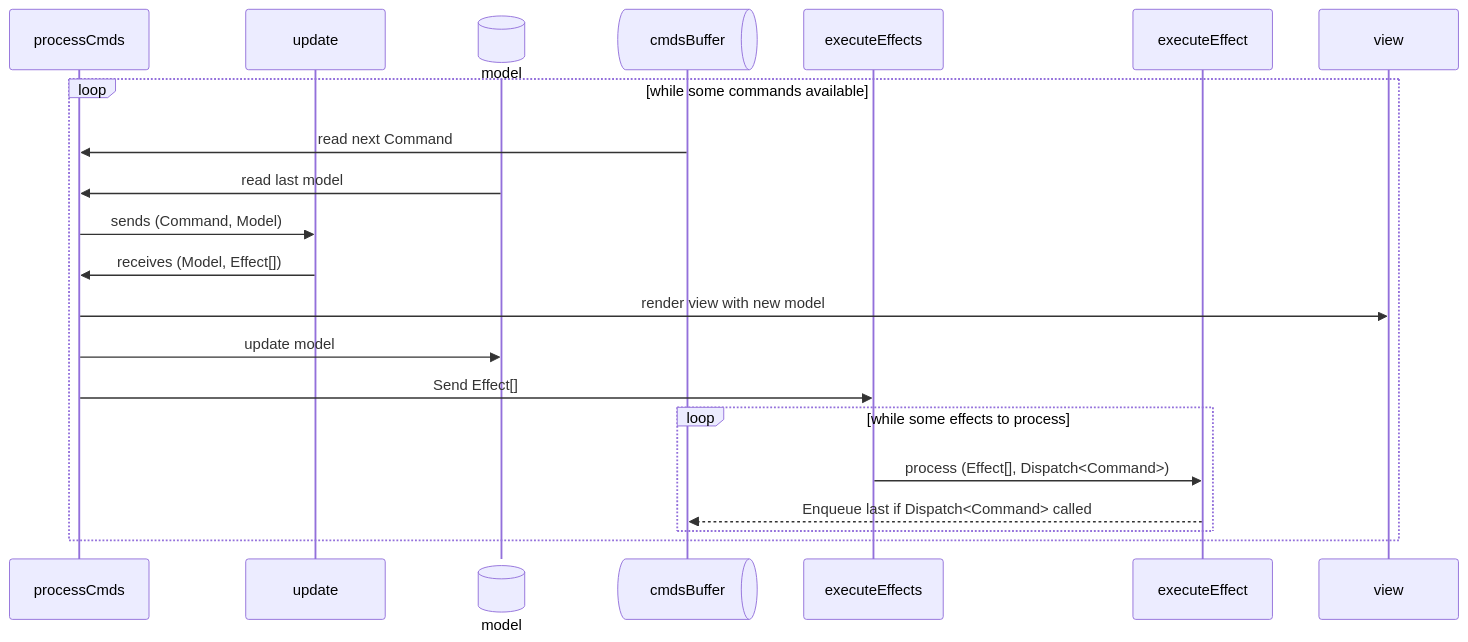
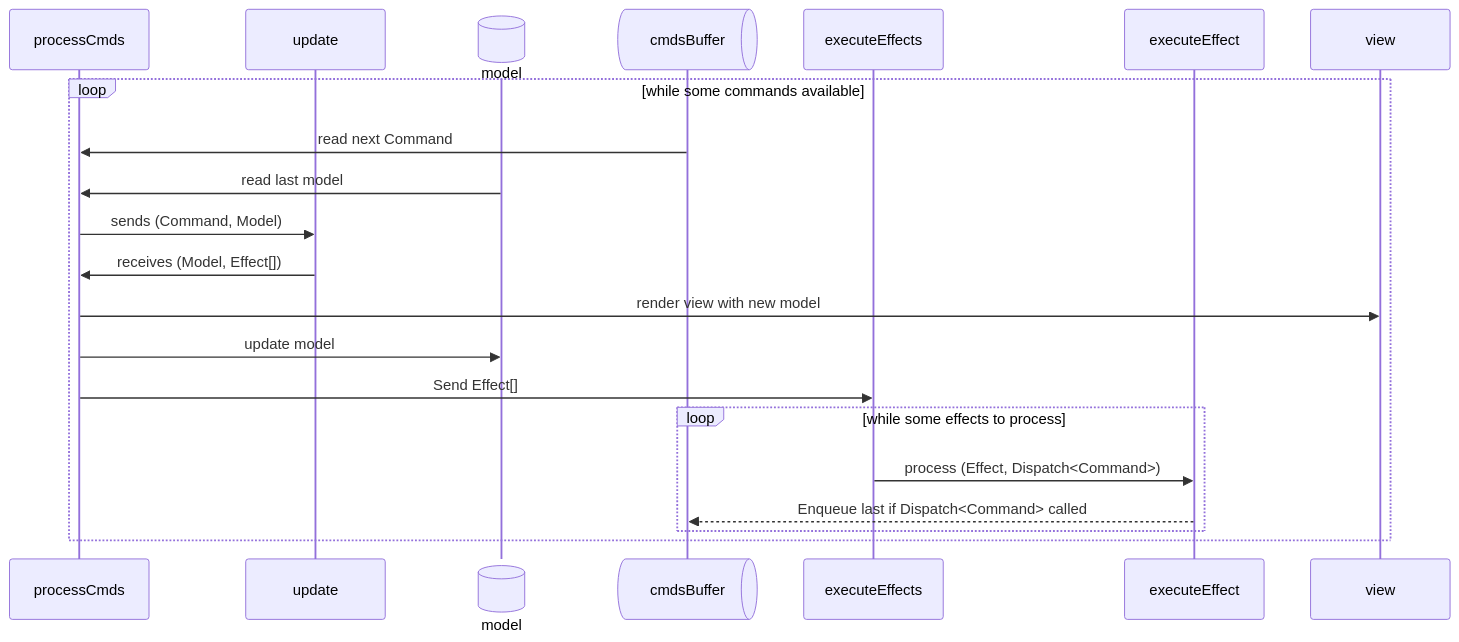
The diagram in content/posts/using-the-elm-architecture-part-1/index.md (RomainTrm/Blog), drawn with Mermaid before and after one commit. The commit also changed other lines of this file and 3 other files, not shown here.

````diff
--- a/content/posts/using-the-elm-architecture-part-1/index.md
+++ b/content/posts/using-the-elm-architecture-part-1/index.md
@@ -164,26 +149,26 @@
 ```mermaid
 sequenceDiagram
     participant processCmds
     participant update
     participant model@{ "type" : "database" }
     participant cmdsBuffer@{ "type" : "queue" }
     participant executeEffects
     participant executeEffect
     participant view
 
     loop while some commands available 
         cmdsBuffer->>processCmds: read next Command
         model->>processCmds: read last model
 
         processCmds->>update: sends (Command, Model)
         update->>processCmds: receives (Model, Effect[])
         processCmds->>view: render view with new model
         processCmds->>model: update model
 
         processCmds->>executeEffects: Send Effect[]
         loop while some effects to process
-            executeEffects->>executeEffect: process (Effect[], Dispatch<Command>)
+            executeEffects->>executeEffect: process (Effect, Dispatch<Command>)
             executeEffect-->>cmdsBuffer: Enqueue last if Dispatch<Command> called
         end
     end
 ```
````
